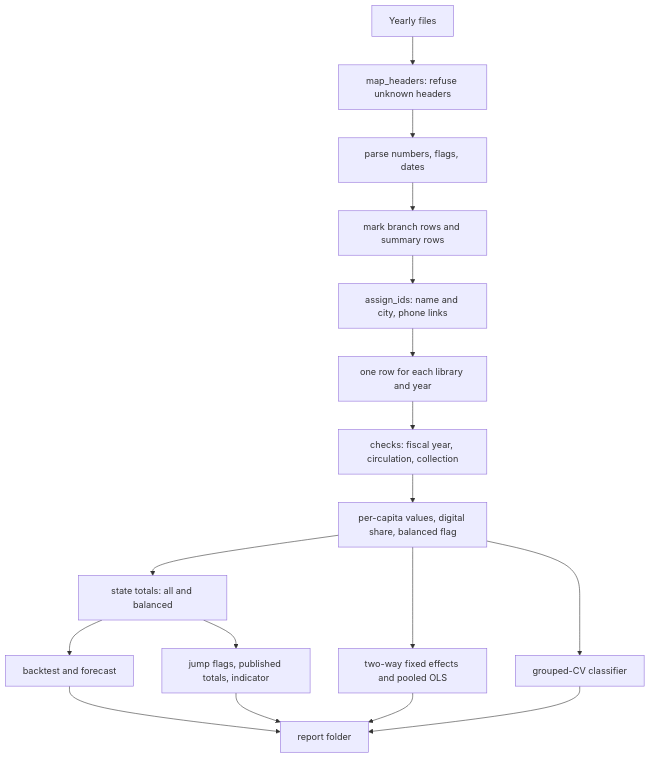
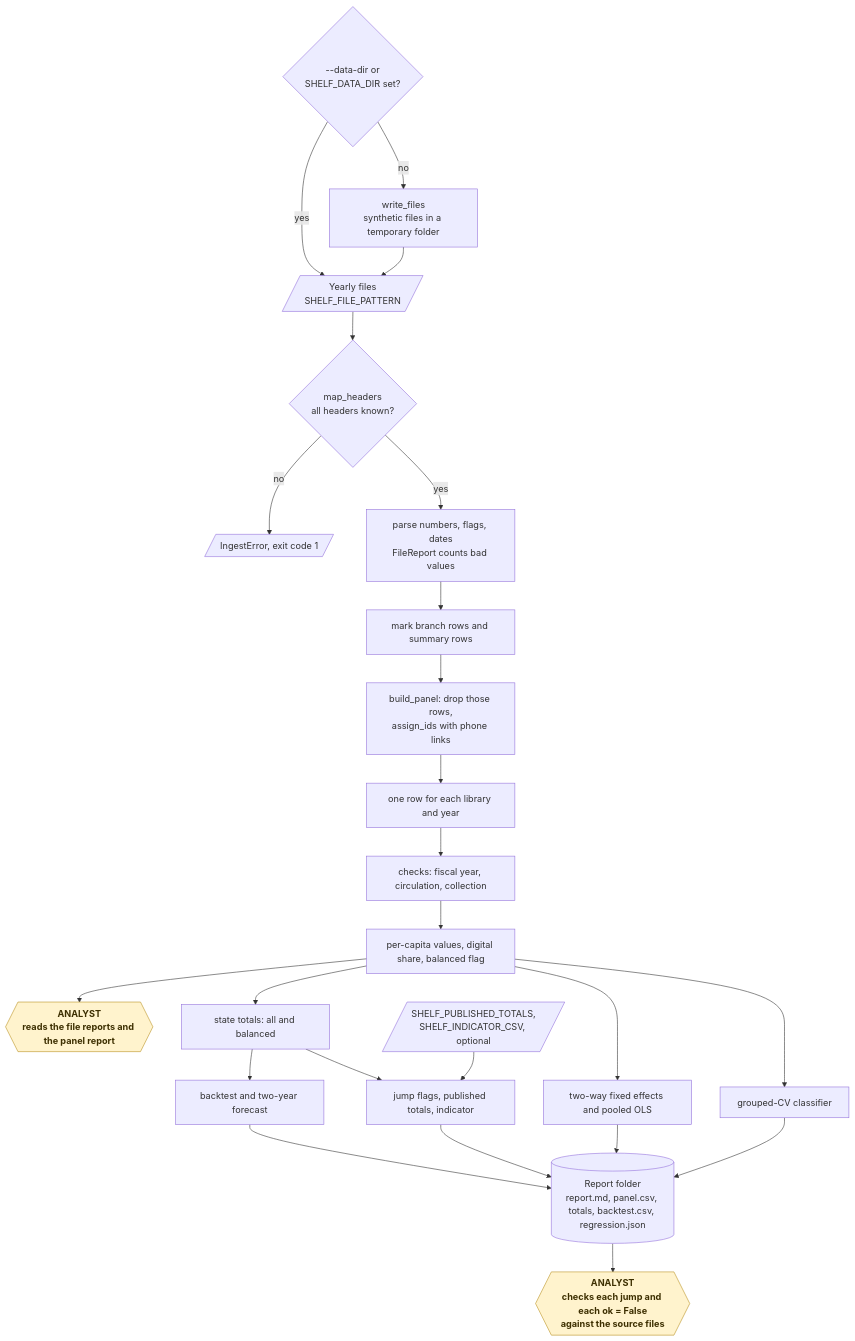
Before and after one commit to KrishnaAnnavaram/shelf-to-screen: the fifth of 16 diagrams in README.md, drawn with Mermaid. The commit also changed other lines of this file, not shown here.

Commit message:
Add the workflow diagrams to the README

````diff
--- a/README.md
+++ b/README.md
@@ -208,19 +263,29 @@
 ```mermaid
-flowchart TB
-    F["Yearly files"] --> H["map_headers: refuse unknown headers"]
-    H --> P["parse numbers, flags, dates"]
+flowchart TD
+    SRC{"--data-dir or<br/>SHELF_DATA_DIR set?"} -- "yes" --> F[/"Yearly files<br/>SHELF_FILE_PATTERN"/]
+    SRC -- "no" --> SYN["write_files<br/>synthetic files in a temporary folder"]
+    SYN --> F
+    F --> H{"map_headers<br/>all headers known?"}
+    H -- "no" --> STOP[/"IngestError, exit code 1"/]
+    H -- "yes" --> P["parse numbers, flags, dates<br/>FileReport counts bad values"]
     P --> R["mark branch rows and summary rows"]
-    R --> ID["assign_ids: name and city, phone links"]
+    R --> ID["build_panel: drop those rows,<br/>assign_ids with phone links"]
     ID --> D["one row for each library and year"]
     D --> C["checks: fiscal year, circulation, collection"]
     C --> PC["per-capita values, digital share, balanced flag"]
+    PC --> HUM1{{"ANALYST<br/>reads the file reports and the panel report"}}
     PC --> T["state totals: all and balanced"]
     PC --> FE["two-way fixed effects and pooled OLS"]
     PC --> CL["grouped-CV classifier"]
-    T --> BT["backtest and forecast"]
+    T --> BT["backtest and two-year forecast"]
     T --> J["jump flags, published totals, indicator"]
-    BT --> REP["report folder"]
+    PUB[/"SHELF_PUBLISHED_TOTALS,<br/>SHELF_INDICATOR_CSV, optional"/] --> J
+    BT --> REP[("Report folder<br/>report.md, panel.csv, totals, backtest.csv, regression.json")]
     FE --> REP
     CL --> REP
     J --> REP
+    REP --> HUM2{{"ANALYST<br/>checks each jump and each ok = False<br/>against the source files"}}
+
+    classDef human fill:#fff3cd,stroke:#b8901f,color:#3d2f00,font-weight:bold
+    class HUM1,HUM2 human
 ```
````
